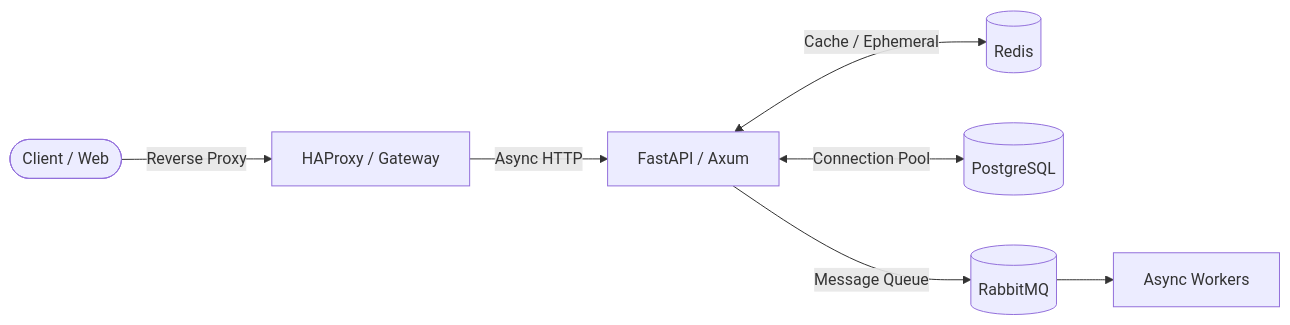
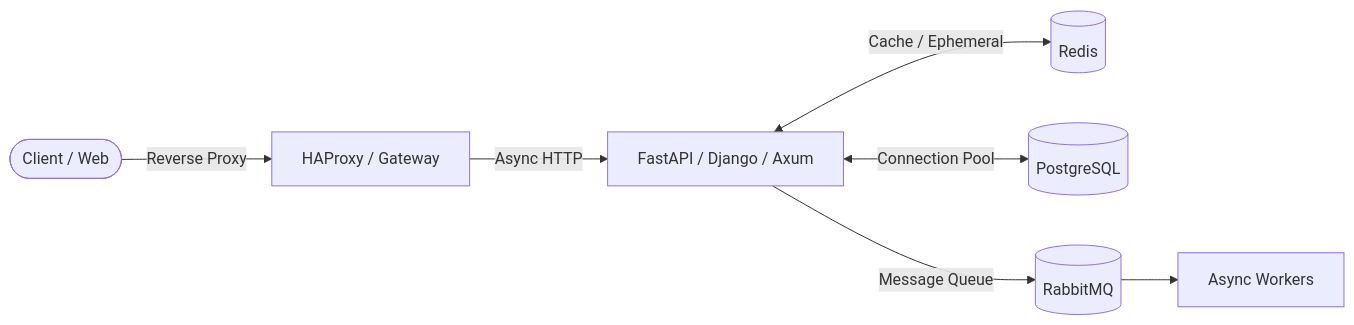
The diagram in docs/ARCHITECTURE.md (itsvrushabh/itsvrushabh.github.io), drawn with Mermaid before and after one commit. The commit also changed other lines of this file and 1 other file, not shown here.

Commit message:
docs: update Tech Radar and Architecture guide with Django section

````diff
--- a/docs/ARCHITECTURE.md
+++ b/docs/ARCHITECTURE.md
@@ -22,9 +22,9 @@
 ```mermaid
 flowchart LR
     Client([Client / Web]) -->|Reverse Proxy| Gateway[HAProxy / Gateway]
-    Gateway -->|Async HTTP| Svc[FastAPI / Axum]
+    Gateway -->|Async HTTP| Svc[FastAPI / Django / Axum]
     Svc <-->|Cache / Ephemeral| Cache[(Redis)]
     Svc <-->|Connection Pool| DB[(PostgreSQL)]
     Svc -->|Message Queue| Queue[(RabbitMQ)]
     Queue --> Worker[Async Workers]
 ```
````
